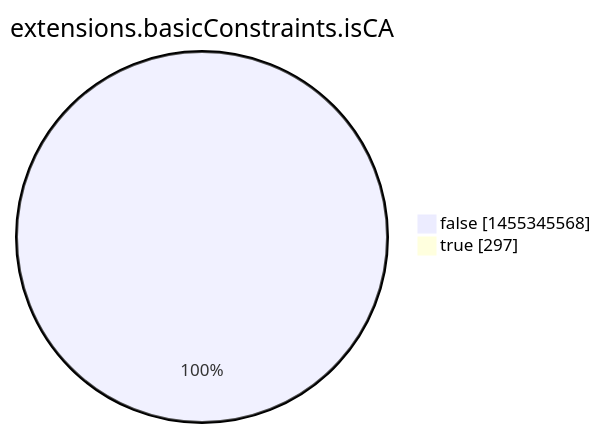
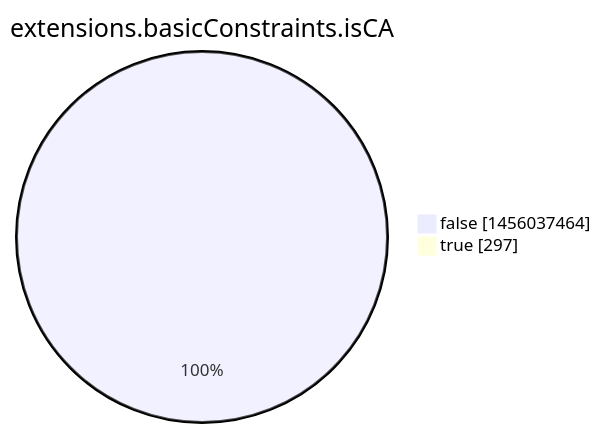
One commit to christiankrug/ctmonitor_visualization changed the eighth of 15 diagrams in argon2022/README.md. Above: the diagram before and after it, drawn with Mermaid. The commit also changed other lines of this file, not shown here.

````diff
--- a/argon2022/README.md
+++ b/argon2022/README.md
@@ -2760,6 +2760,6 @@
 ```mermaid
 pie showData
 title extensions.basicConstraints.isCA
-"false" :1455345568
+"false" :1456037464
 "true" :297
 ```
````
